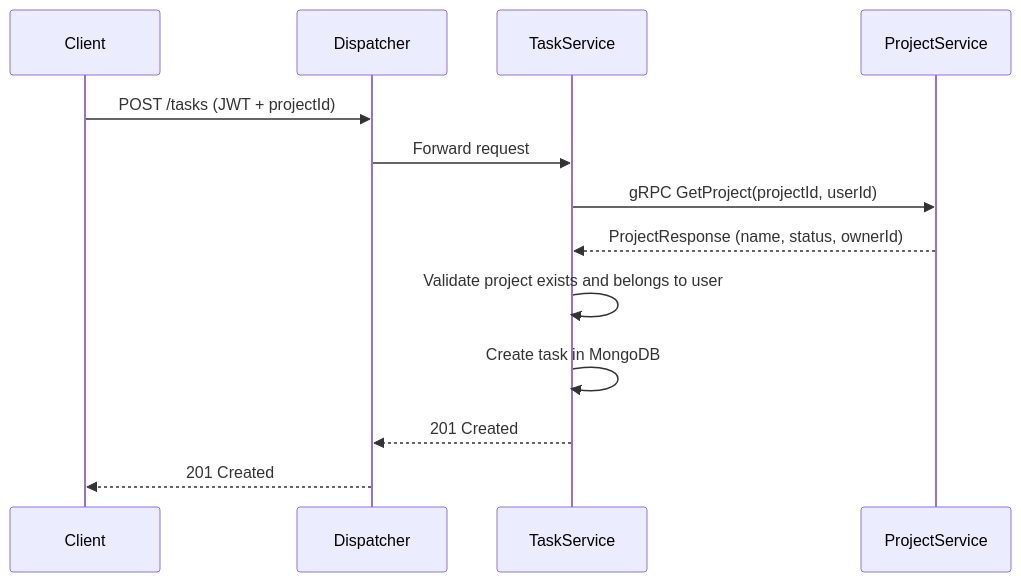
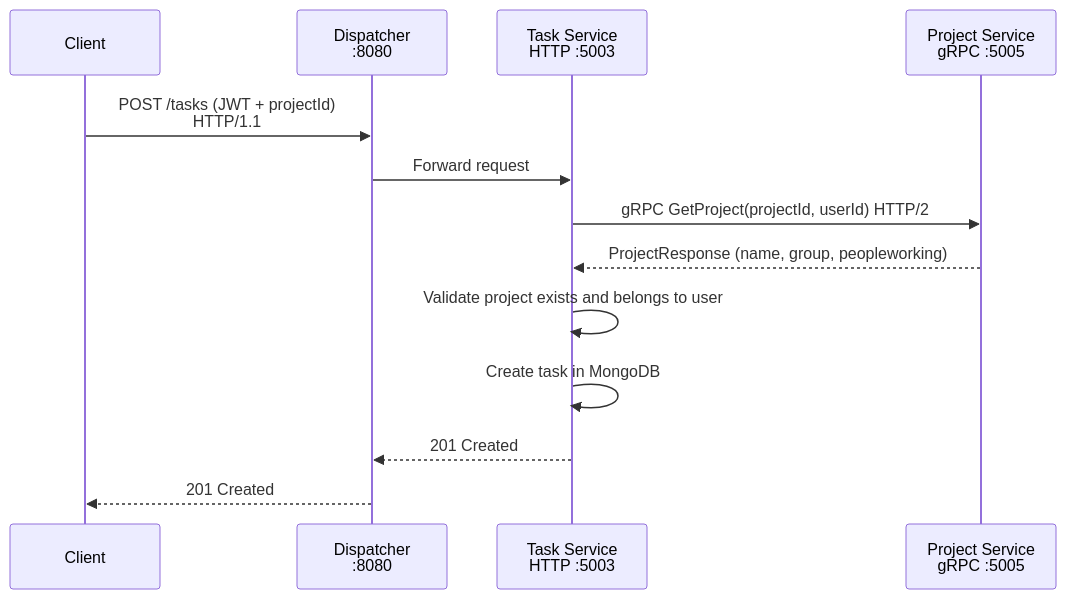
Before and after one commit to AboubacarSow/task-management-microservice: the fifth of 12 diagrams in README.md, drawn with Mermaid. The commit also changed other lines of this file, not shown here.

````diff
--- a/README.md
+++ b/README.md
@@ -221,16 +229,16 @@
 ```mermaid
 sequenceDiagram
     participant Client
-    participant Dispatcher
-    participant TaskService
-    participant ProjectService
+    participant Dispatcher as Dispatcher<br/>:8080
+    participant TaskService as Task Service<br/>HTTP :5003
+    participant ProjectService as Project Service<br/>gRPC :5005
 
-    Client->>Dispatcher: POST /tasks (JWT + projectId)
+    Client->>Dispatcher: POST /tasks (JWT + projectId)<br/>HTTP/1.1
     Dispatcher->>TaskService: Forward request
-    TaskService->>ProjectService: gRPC GetProject(projectId, userId)
-    ProjectService-->>TaskService: ProjectResponse (name, status, ownerId)
+    TaskService->>ProjectService: gRPC GetProject(projectId, userId) HTTP/2
+    ProjectService-->>TaskService: ProjectResponse (name, group, peopleworking)
     TaskService->>TaskService: Validate project exists and belongs to user
     TaskService->>TaskService: Create task in MongoDB
     TaskService-->>Dispatcher: 201 Created
     Dispatcher-->>Client: 201 Created
 ```
````
